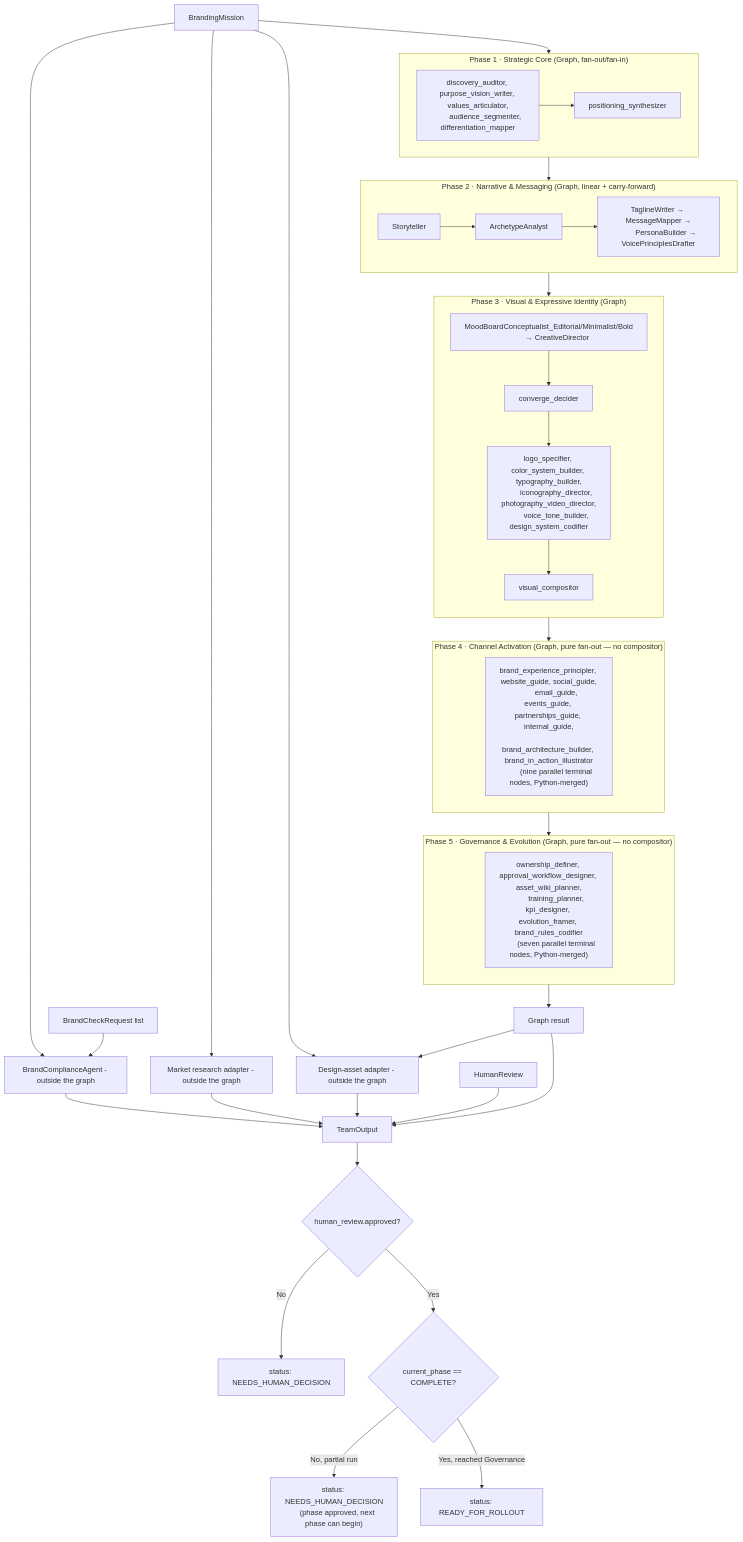
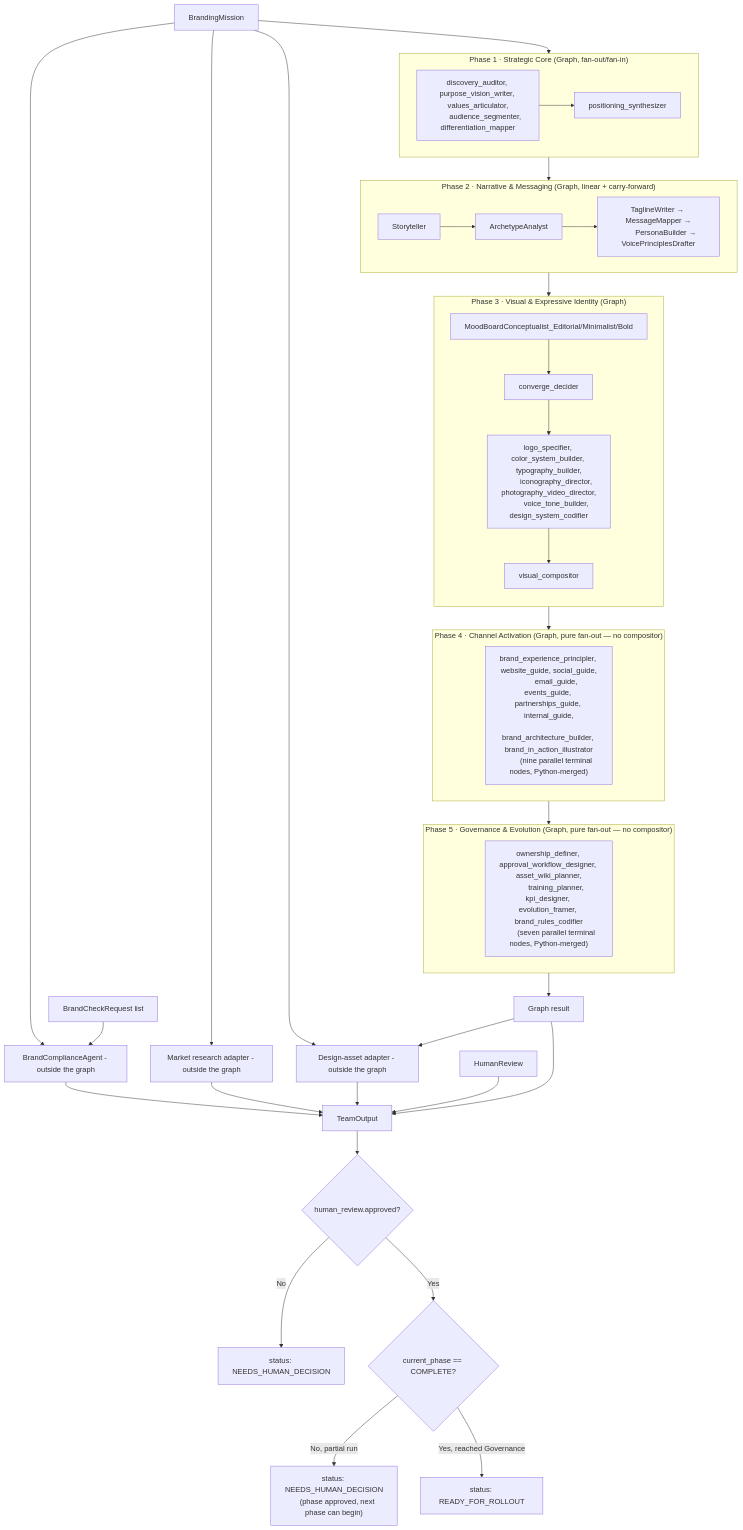
One commit to brandonkindred/Khala-Agentic-AI-Teams changed the first of 3 diagrams in backend/agents/branding_team/README.md. Above: the diagram before and after it, drawn with Mermaid. The commit also changed other lines of this file and 56 other files, not shown here.

````diff
--- a/backend/agents/branding_team/README.md
+++ b/backend/agents/branding_team/README.md
@@ -41,71 +42,70 @@
 ```mermaid
 flowchart TB
     Mission[BrandingMission] --> P1
 
     subgraph P1 ["Phase 1 · Strategic Core (Graph, fan-out/fan-in)"]
         direction LR
         P1nodes["discovery_auditor, purpose_vision_writer, values_articulator,
         audience_segmenter, differentiation_mapper"] --> P1join[positioning_synthesizer]
     end
 
     P1 --> P2
 
     subgraph P2 ["Phase 2 · Narrative & Messaging (Graph, linear + carry-forward)"]
         direction LR
         P2a[Storyteller] --> P2b[ArchetypeAnalyst]
         P2b --> P2rest["TaglineWriter → MessageMapper →
         PersonaBuilder → VoicePrinciplesDrafter"]
     end
 
     P2 --> P3
 
     subgraph P3 ["Phase 3 · Visual & Expressive Identity (Graph)"]
         direction TB
-        P3diverge["MoodBoardConceptualist_Editorial/Minimalist/Bold
-        → CreativeDirector"] --> P3conv[converge_decider]
+        P3diverge["MoodBoardConceptualist_Editorial/Minimalist/Bold"] --> P3conv[converge_decider]
         P3conv --> P3fan["logo_specifier, color_system_builder, typography_builder,
         iconography_director, photography_video_director,
         voice_tone_builder, design_system_codifier"]
         P3fan --> P3comp[visual_compositor]
     end
 
     P3 --> P4
 
     subgraph P4 ["Phase 4 · Channel Activation (Graph, pure fan-out — no compositor)"]
         direction LR
         P4nodes["brand_experience_principler, website_guide, social_guide,
         email_guide, events_guide, partnerships_guide, internal_guide,
         brand_architecture_builder, brand_in_action_illustrator
         (nine parallel terminal nodes, Python-merged)"]
     end
 
     P4 --> P5
 
     subgraph P5 ["Phase 5 · Governance & Evolution (Graph, pure fan-out — no compositor)"]
         direction LR
         P5nodes["ownership_definer, approval_workflow_designer, asset_wiki_planner,
         training_planner, kpi_designer, evolution_framer, brand_rules_codifier
         (seven parallel terminal nodes, Python-merged)"]
     end
 
     P5 --> GraphResult[Graph result]
 
     Mission --> Compliance[BrandComplianceAgent - outside the graph]
     BrandChecks[BrandCheckRequest list] --> Compliance
     Mission --> MarketResearch[Market research adapter - outside the graph]
     Mission --> DesignAssets[Design-asset adapter - outside the graph]
     GraphResult --> DesignAssets
 
     GraphResult --> TeamOutput[TeamOutput]
     Compliance --> TeamOutput
     MarketResearch --> TeamOutput
     DesignAssets --> TeamOutput
     HumanReview[HumanReview] --> TeamOutput
 
     TeamOutput --> Approved{human_review.approved?}
     Approved -->|No| NeedsHuman[status: NEEDS_HUMAN_DECISION]
     Approved -->|Yes| Complete{current_phase == COMPLETE?}
     Complete -->|No, partial run| PhaseApproved["status: NEEDS_HUMAN_DECISION
     (phase approved, next phase can begin)"]
     Complete -->|Yes, reached Governance| Ready[status: READY_FOR_ROLLOUT]
 ```
````
